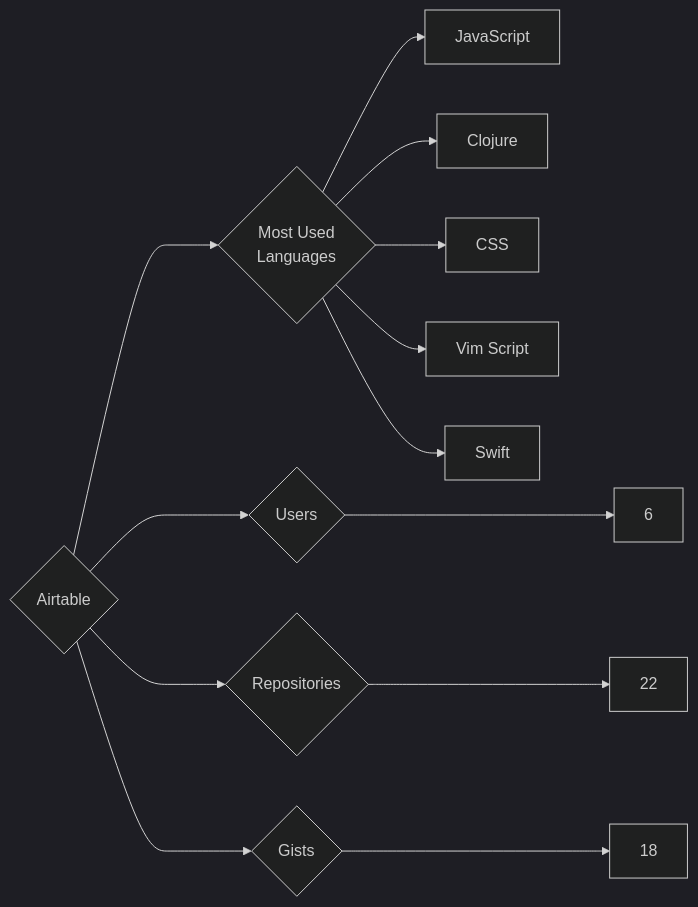
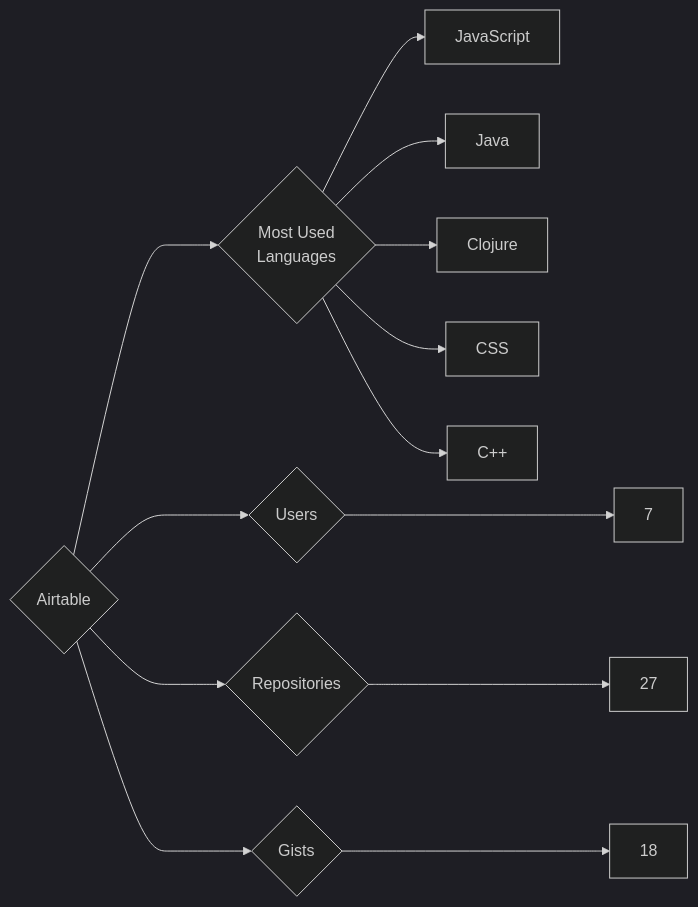
Before and after one commit to trickest/insiders: the diagram in targets/Airtable/README.md, drawn with Mermaid (dark theme). The commit also changed 1055 other files, not shown here.

````diff
--- a/targets/Airtable/README.md
+++ b/targets/Airtable/README.md
@@ -3,13 +3,13 @@
 ```mermaid
 graph LR
 COMPANY_NAME{Airtable}
-COMPANY_NAME ---> U{Users} ---> UN[6]
-COMPANY_NAME ---> R{Repositories} ---> RN[22]
+COMPANY_NAME ---> U{Users} ---> UN[7]
+COMPANY_NAME ---> R{Repositories} ---> RN[27]
 COMPANY_NAME ---> G{Gists} ---> GN[18]
 COMPANY_NAME ---> ML{Most Used<br>Languages}
 ML --> JavaScript[JavaScript]
+ML --> Java[Java]
 ML --> Clojure[Clojure]
 ML --> CSS[CSS]
-ML --> Vim_Script[Vim Script]
-ML --> Swift[Swift]
+ML --> C++[C++]
 ```
````
